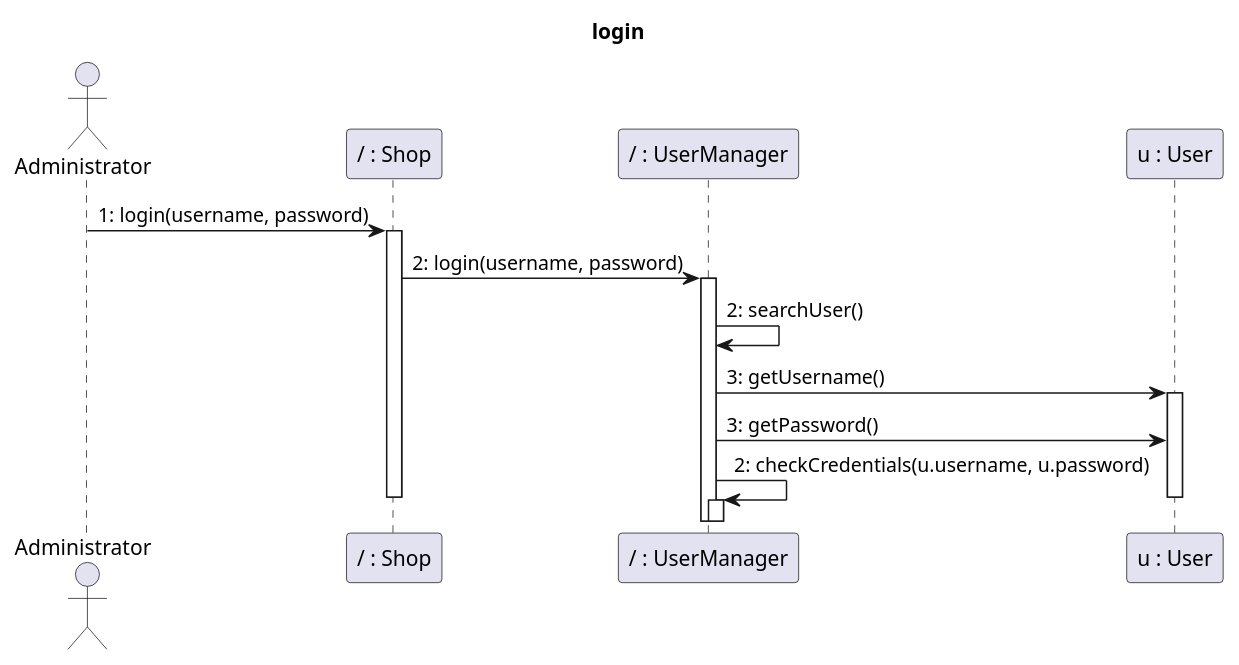
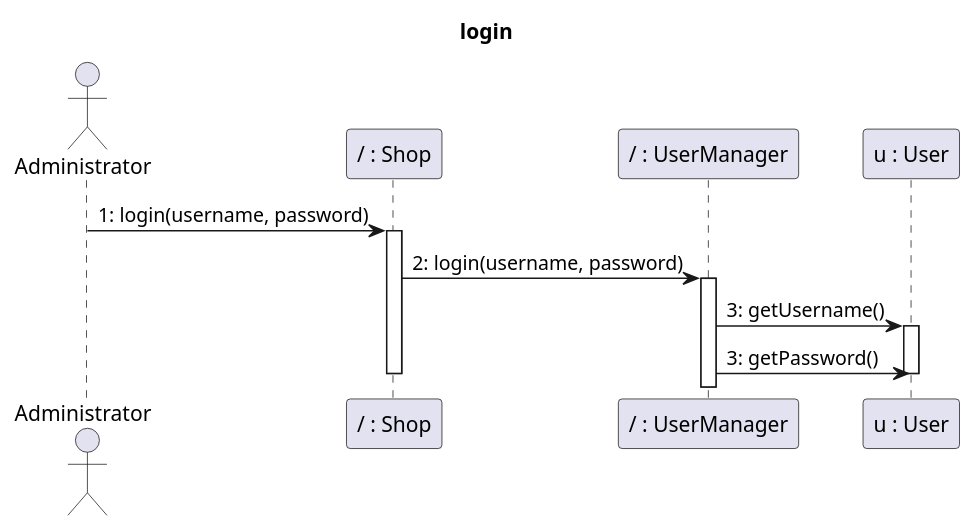
Before and after one commit to nicolabattaglino/ezshop: diagram 17 of 25 in Deliverables/DesignDocument.md, drawn with PlantUML. The commit also changed other lines of this file, not shown here.

Commit message:
sequence diagrams

````diff
--- a/Deliverables/DesignDocument.md
+++ b/Deliverables/DesignDocument.md
@@ -898,24 +894,21 @@
 ```plantuml
 @startuml
 title login
 actor Administrator
 participant "/ : Shop" as Shop
 participant "/ : UserManager" as UserManager
 participant "u : User" as User
 
 Administrator -> Shop: 1: login(username, password)
 activate Shop
 Shop -> UserManager: 2: login(username, password)
 activate UserManager
-UserManager -> UserManager: 2: searchUser()
 UserManager -> User: 3: getUsername()
 activate User
 UserManager -> User: 3: getPassword()
-UserManager -> UserManager: 2: checkCredentials(u.username, u.password)
-activate UserManager
 deactivate User
 deactivate Shop
 
 
 @enduml
 ```
````
